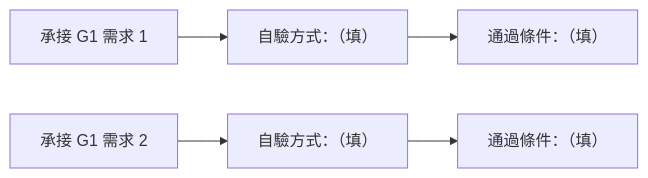
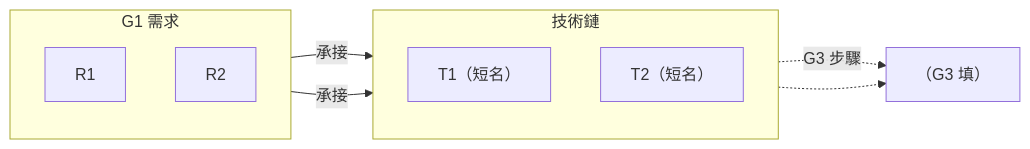
One commit to teps3105/shiftblame changed the third of 4 diagrams in skills/shiftblame/assets/SLUG.md. Above: the diagram before and after it, drawn with Mermaid. The commit also changed other lines of this file and 12 other files, not shown here.

Commit message:
fix: 消除流水帳圖、範本改架構圖加文字內容

````diff
--- a/skills/shiftblame/assets/SLUG.md
+++ b/skills/shiftblame/assets/SLUG.md
@@ -247,5 +162,17 @@
 ```mermaid
 flowchart LR
-    G1v1["承接 G1 需求 1"] --> Self1["自驗方式：（填）"] --> Pass1["通過條件：（填）"]
-    G1v2["承接 G1 需求 2"] --> Self2["自驗方式：（填）"] --> Pass2["通過條件：（填）"]
+    subgraph G1Reqs["G1 需求"]
+        direction TB
+        R1["R1"]
+        R2["R2"]
+    end
+    subgraph Tech["技術鏈"]
+        direction TB
+        T1["T1（短名）"]
+        T2["T2（短名）"]
+    end
+    R1 -->|承接| T1
+    R2 -->|承接| T2
+    T1 -.->|G3 步驟| GS["（G3 填）"]
+    T2 -.-> GS
 ```
````
